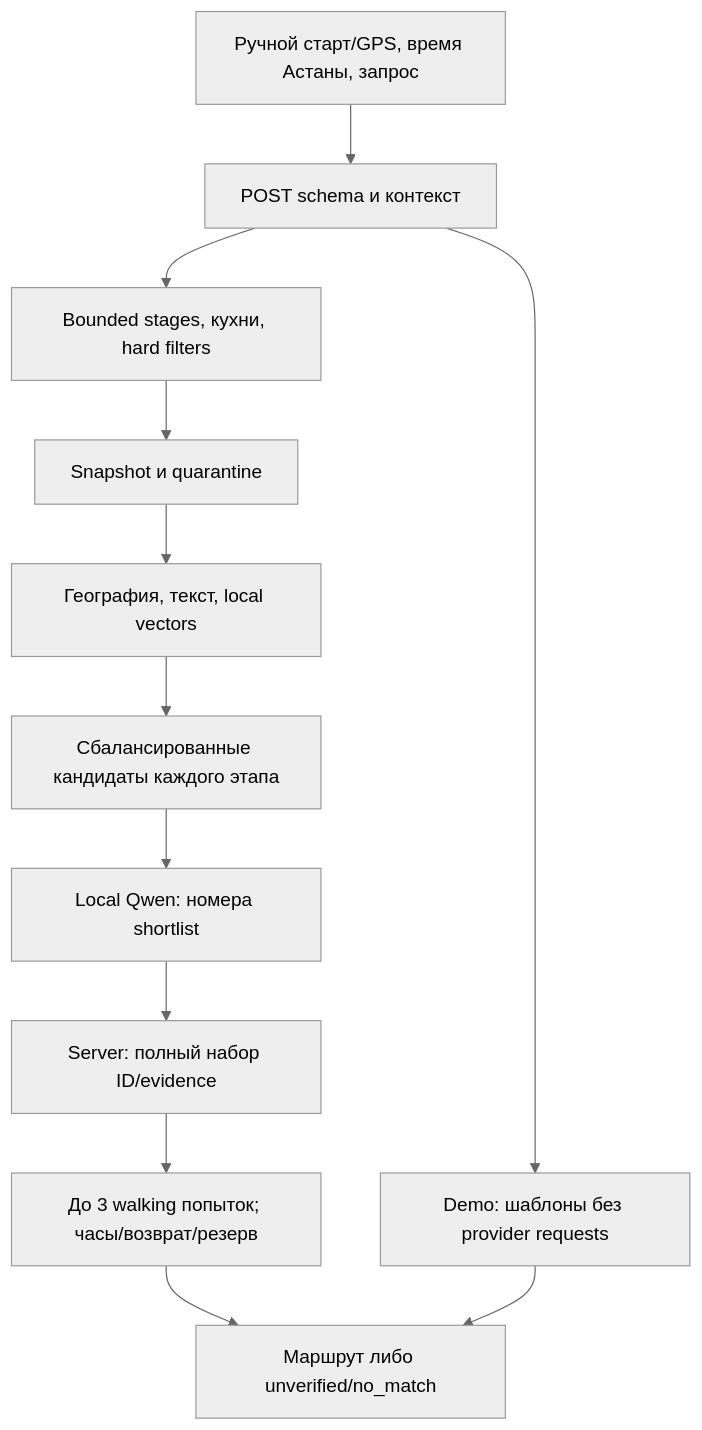
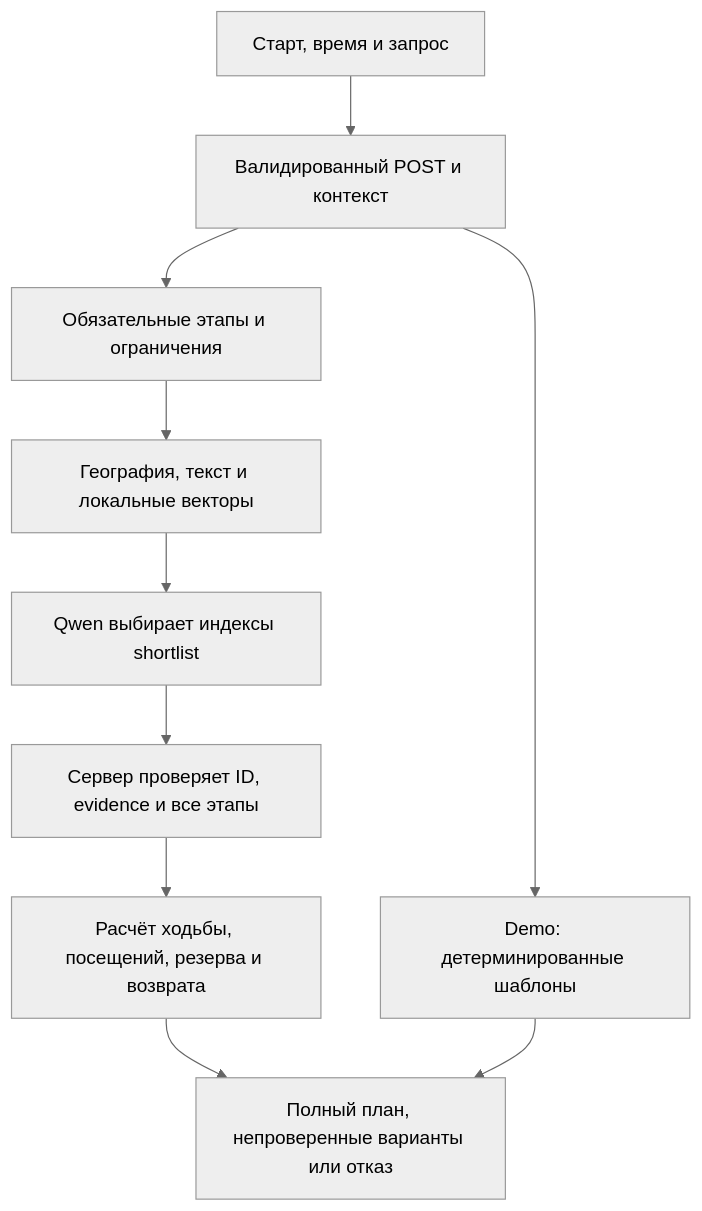
One commit to karimbeksultan/Spot changed the diagram in docs/architecture.md. Above: the diagram before and after it, drawn with Mermaid (neutral theme). The commit also changed other lines of this file and 31 other files, not shown here.

````diff
--- a/docs/architecture.md
+++ b/docs/architecture.md
@@ -7,14 +5,12 @@
 ```mermaid
 flowchart TD
-  U[Ручной старт/GPS, время Астаны, запрос] --> A[POST schema и контекст]
-  A --> J[Bounded stages, кухни, hard filters]
-  J --> Q[Snapshot и quarantine]
-  Q --> R[География, текст, local vectors]
-  R --> F[Сбалансированные кандидаты каждого этапа]
-  F --> M[Local Qwen: номера shortlist]
-  M --> S[Server: полный набор ID/evidence]
-  S --> W[До 3 walking попыток; часы/возврат/резерв]
-  W --> UI[Маршрут либо unverified/no_match]
-  A --> D[Demo: шаблоны без provider requests]
+  U[Старт, время и запрос] --> A[Валидированный POST и контекст]
+  A --> J[Обязательные этапы и ограничения]
+  J --> R[География, текст и локальные векторы]
+  R --> M[Qwen выбирает индексы shortlist]
+  M --> V[Сервер проверяет ID, evidence и все этапы]
+  V --> W[Расчёт ходьбы, посещений, резерва и возврата]
+  W --> UI[Полный план, непроверенные варианты или отказ]
+  A --> D[Demo: детерминированные шаблоны]
   D --> UI
 ```
````
